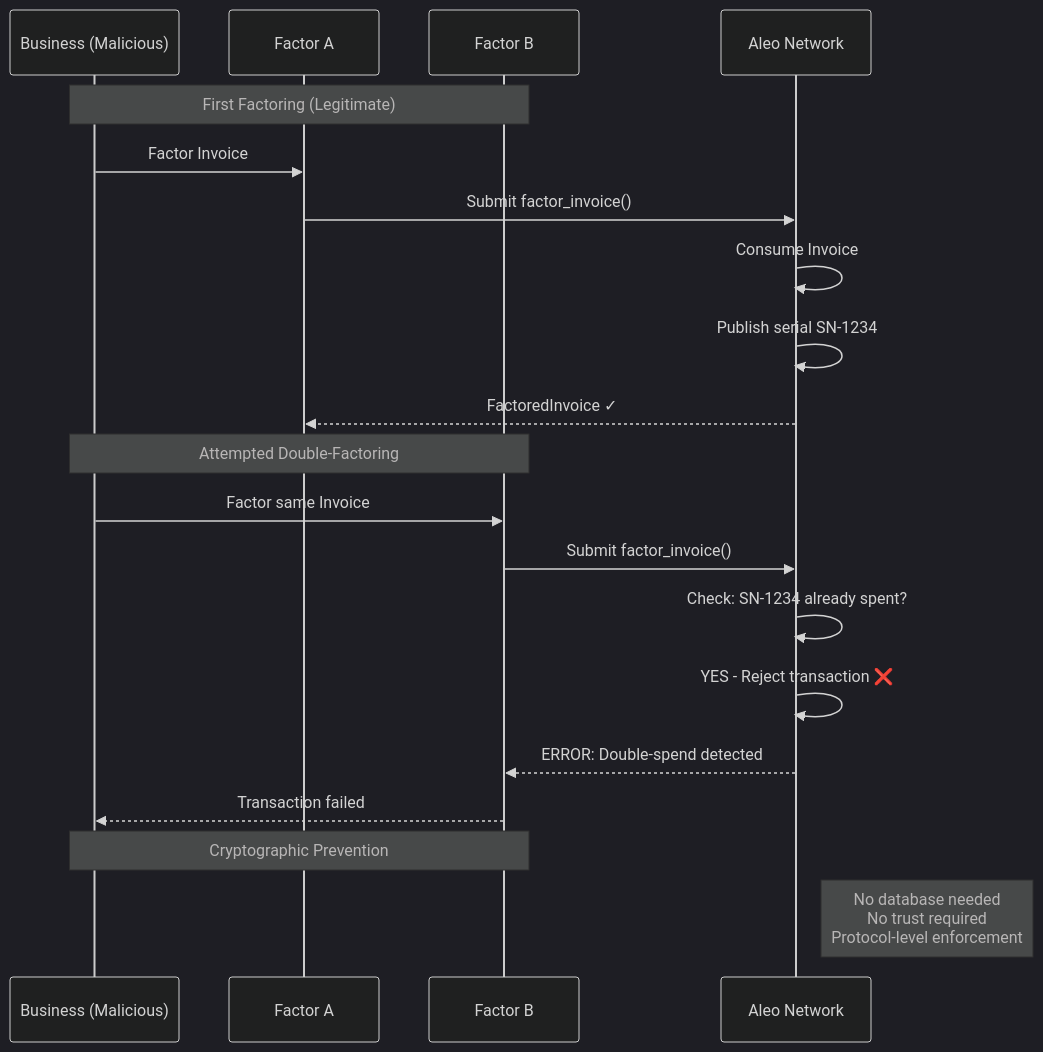
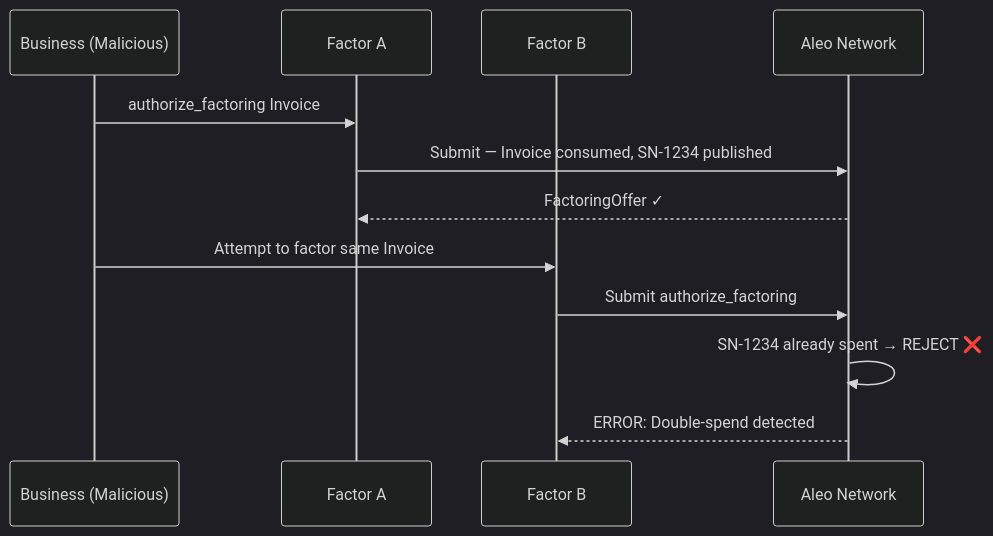
One commit to imajus/zk-factor changed the fourth of 4 diagrams in docs/SPEC.md. Above: the diagram before and after it, drawn with Mermaid (dark theme). The commit also changed other lines of this file and 14 other files, not shown here.

````diff
--- a/docs/SPEC.md
+++ b/docs/SPEC.md
@@ -392,25 +380,16 @@
 ```mermaid
 sequenceDiagram
     participant B as Business (Malicious)
     participant FA as Factor A
     participant FB as Factor B
     participant A as Aleo Network
-    
-    Note over B,FB: First Factoring (Legitimate)
-    B->>FA: Factor Invoice #1234
-    FA->>A: Submit factor_invoice()
-    A->>A: Consume Invoice
-    A->>A: Publish serial SN-1234
-    A-->>FA: FactoredInvoice ✓
-    
-    Note over B,FB: Attempted Double-Factoring
-    B->>FB: Factor same Invoice #1234
-    FB->>A: Submit factor_invoice()
-    A->>A: Check: SN-1234 already spent?
-    A->>A: YES - Reject transaction ❌
+
+    B->>FA: authorize_factoring Invoice #1234
+    FA->>A: Submit — Invoice consumed, SN-1234 published
+    A-->>FA: FactoringOffer ✓
+
+    B->>FB: Attempt to factor same Invoice #1234
+    FB->>A: Submit authorize_factoring
+    A->>A: SN-1234 already spent → REJECT ❌
     A-->>FB: ERROR: Double-spend detected
-    FB-->>B: Transaction failed
-    
-    Note over B,FB: Cryptographic Prevention
-    Note right of A: No database needed<br/>No trust required<br/>Protocol-level enforcement
 ```
````
